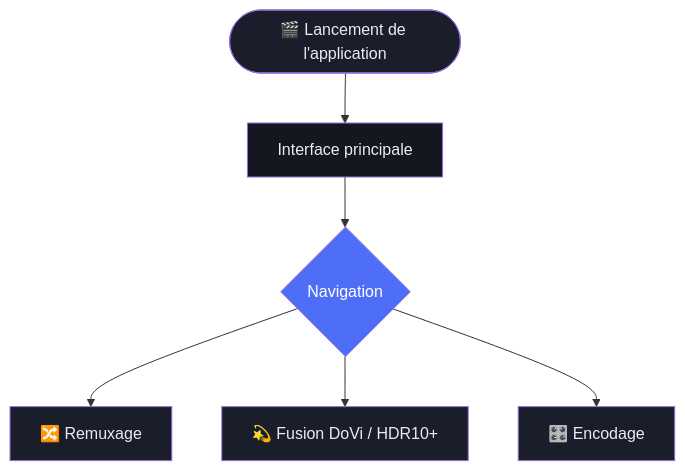
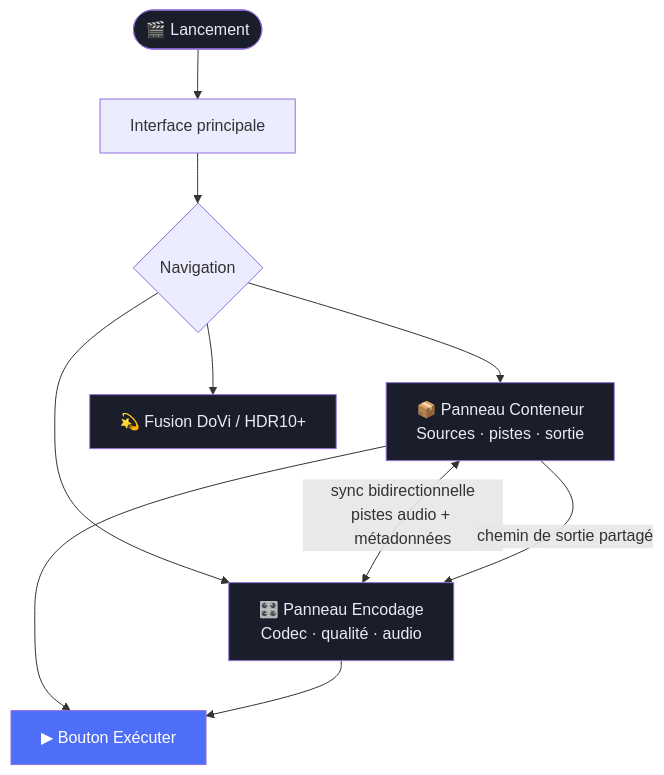
The first of 5 diagrams in README.md (Hydro74000/muxiveo), drawn with Mermaid before and after one commit. The commit also changed other lines of this file, not shown here.

````diff
--- a/README.md
+++ b/README.md
@@ -525,15 +517,18 @@
 ```mermaid
 flowchart TD
-    START([🎬 Lancement de l'application]) --> MAIN[Interface principale]
+    START([🎬 Lancement]) --> MAIN[Interface principale]
     MAIN --> NAV{Navigation}
-    NAV --> RMX[🔀 Remuxage]
+    NAV --> CONT[📦 Panneau Conteneur\nSources · pistes · sortie]
+    NAV --> ENC[🎛️ Panneau Encodage\nCodec · qualité · audio]
     NAV --> DOVI[💫 Fusion DoVi / HDR10+]
-    NAV --> ENC[🎛️ Encodage]
+
+    CONT <-->|sync bidirectionnelle\npistes audio + métadonnées| ENC
+    CONT -->|chemin de sortie partagé| ENC
+    CONT & ENC --> RUN[▶ Bouton Exécuter]
 
     style START fill:#1a1e2a,color:#e8ecf4
-    style MAIN fill:#141720,color:#e8ecf4
-    style NAV fill:#4f6ef7,color:#ffffff
-    style RMX fill:#1a1e2a,color:#e8ecf4
+    style RUN fill:#4f6ef7,color:#ffffff
+    style CONT fill:#1a1e2a,color:#e8ecf4
+    style ENC fill:#1a1e2a,color:#e8ecf4
     style DOVI fill:#1a1e2a,color:#e8ecf4
-    style ENC fill:#1a1e2a,color:#e8ecf4
 ```
````
